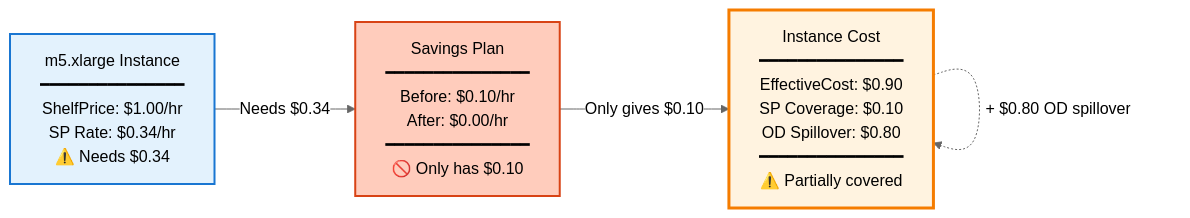
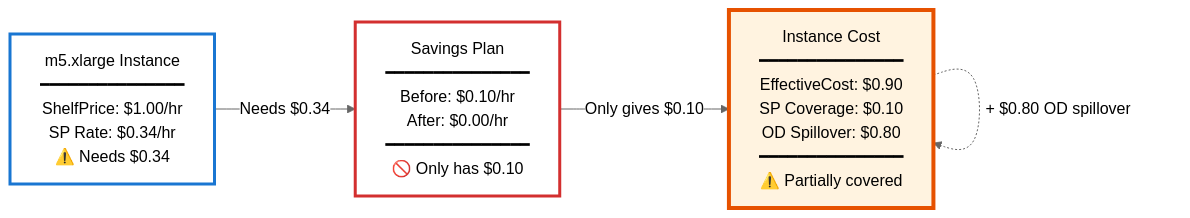
Before and after one commit to Nextdoor/lumina: the fifth of 8 diagrams in ALGORITHM.md, drawn with Mermaid (neutral theme). The commit also changed other lines of this file, not shown here.

Commit message:
docs(algorithm): improve text contrast in coverage diagrams
Change from colored backgrounds to white backgrounds with thick
colored borders for better text readability:

- White backgrounds (#fff) for maximum text contrast
- Thick colored borders (3-4px) indicate status:
  - Blue = Instance
  - Green = Healthy/success
  - Red = Exhausted SP
  - Orange = Spillover
- Very light tints only on result boxes

Text is now clearly readable while maintaining visual distinction
between scenarios.

🤖 Generated with [Claude Code](https://claude.com/claude-code)

````diff
--- a/ALGORITHM.md
+++ b/ALGORITHM.md
@@ -300,16 +300,16 @@
 ```mermaid
 flowchart LR
     I2["m5.xlarge Instance<br/>━━━━━━━━━━━━━━━<br/>ShelfPrice: $1.00/hr<br/>SP Rate: $0.34/hr<br/>⚠️ Needs $0.34"]
 
     SP2["Savings Plan<br/>━━━━━━━━━━━━━━━<br/>Before: $0.10/hr<br/>After: $0.00/hr<br/>━━━━━━━━━━━━━━━<br/>🚫 Only has $0.10"]
 
     Result2["Instance Cost<br/>━━━━━━━━━━━━━━━<br/>EffectiveCost: $0.90<br/>SP Coverage: $0.10<br/>OD Spillover: $0.80<br/>━━━━━━━━━━━━━━━<br/>⚠️ Partially covered"]
 
     I2 -->|"Needs $0.34"| SP2
     SP2 -->|"Only gives $0.10"| Result2
     Result2 -.->|"+ $0.80 OD spillover"| Result2
 
-    style I2 fill:#e3f2fd,stroke:#1976d2,stroke-width:2px,color:#000
-    style SP2 fill:#ffccbc,stroke:#d84315,stroke-width:2px,color:#000
-    style Result2 fill:#fff3e0,stroke:#f57c00,stroke-width:3px,color:#000
+    style I2 fill:#fff,stroke:#1976d2,stroke-width:3px,color:#000
+    style SP2 fill:#fff,stroke:#d32f2f,stroke-width:3px,color:#000
+    style Result2 fill:#fff3e0,stroke:#e65100,stroke-width:4px,color:#000
 ```
````
